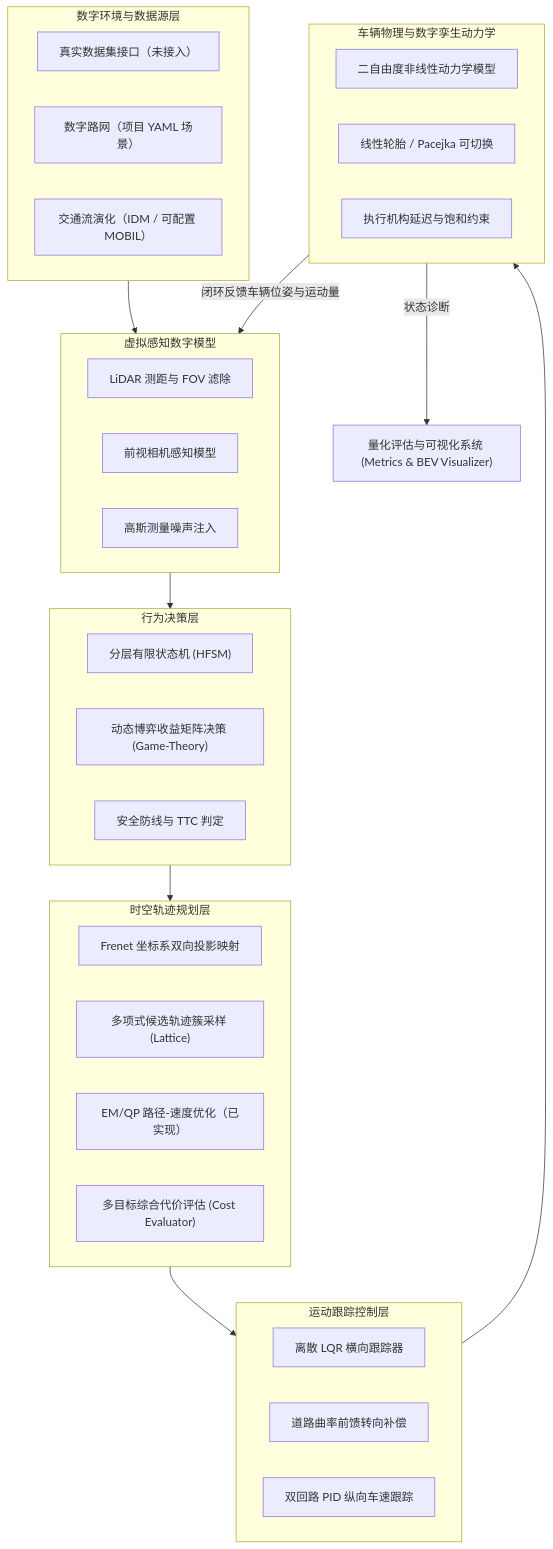
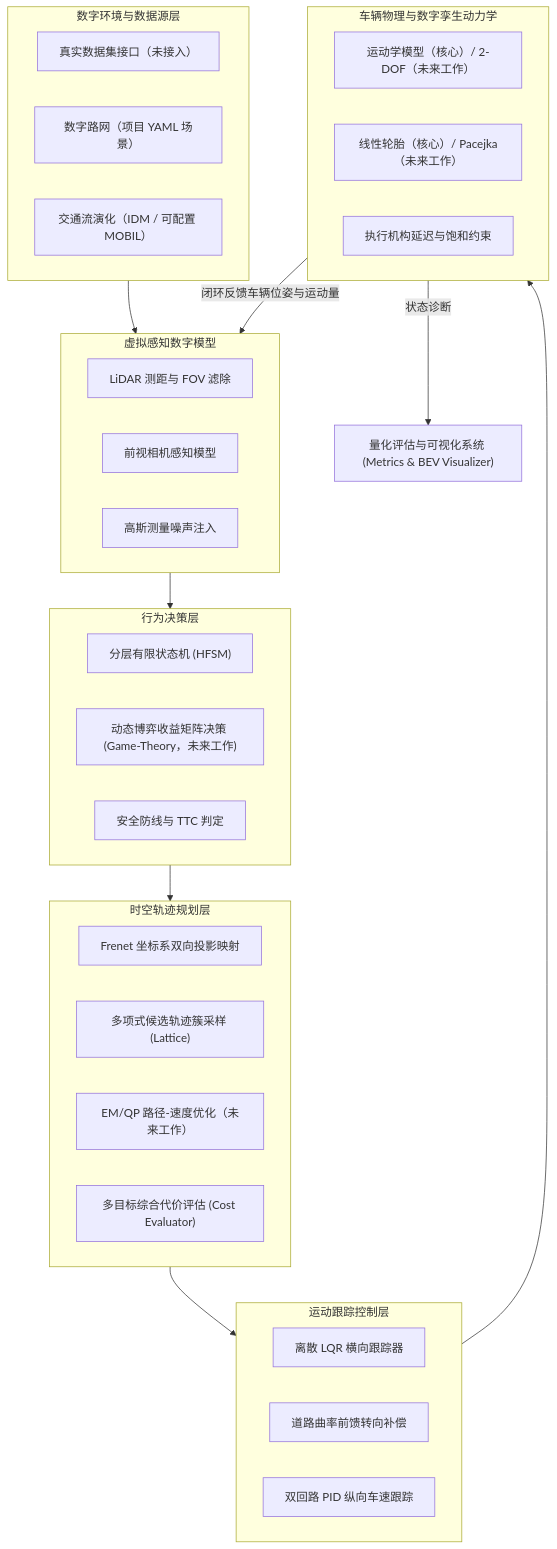
One commit to fwwwwjj/intelligent-vehicle-simulation changed the diagram in docs/02_digital_models.md. Above: the diagram before and after it, drawn with Mermaid. The commit also changed other lines of this file and 40 other files, not shown here.

````diff
--- a/docs/02_digital_models.md
+++ b/docs/02_digital_models.md
@@ -7,47 +9,47 @@
 ```mermaid
 flowchart TD
     subgraph Env["数字环境与数据源层"]
         D1["真实数据集接口（未接入）"]
         D2["数字路网（项目 YAML 场景）"]
         D3["交通流演化（IDM / 可配置 MOBIL）"]
     end
 
     subgraph Sense["虚拟感知数字模型"]
         S1["LiDAR 测距与 FOV 滤除"]
         S2["前视相机感知模型"]
         S3["高斯测量噪声注入"]
     end
 
     subgraph Decision["行为决策层"]
         B1["分层有限状态机 (HFSM)"]
-        B2["动态博弈收益矩阵决策 (Game-Theory)"]
+        B2["动态博弈收益矩阵决策 (Game-Theory，未来工作)"]
         B3["安全防线与 TTC 判定"]
     end
 
     subgraph Plan["时空轨迹规划层"]
         P1["Frenet 坐标系双向投影映射"]
         P2["多项式候选轨迹簇采样 (Lattice)"]
-        P3["EM/QP 路径-速度优化（已实现）"]
+        P3["EM/QP 路径-速度优化（未来工作）"]
         P4["多目标综合代价评估 (Cost Evaluator)"]
     end
 
     subgraph Control["运动跟踪控制层"]
         C1["离散 LQR 横向跟踪器"]
         C2["道路曲率前馈转向补偿"]
         C3["双回路 PID 纵向车速跟踪"]
     end
 
     subgraph Physics["车辆物理与数字孪生动力学"]
-        V1["二自由度非线性动力学模型"]
-        V2["线性轮胎 / Pacejka 可切换"]
+        V1["运动学模型（核心）/ 2-DOF（未来工作）"]
+        V2["线性轮胎（核心）/ Pacejka（未来工作）"]
         V3["执行机构延迟与饱和约束"]
     end
 
     Env --> Sense
     Sense --> Decision
     Decision --> Plan
     Plan --> Control
     Control --> Physics
     Physics -->|闭环反馈车辆位姿与运动量| Sense
     Physics -->|状态诊断| Eval["量化评估与可视化系统 (Metrics & BEV Visualizer)"]
 ```
````
